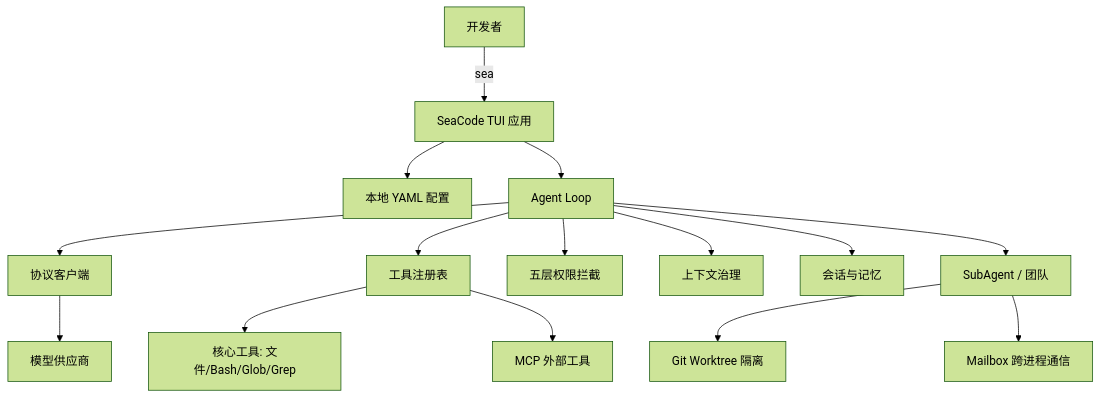
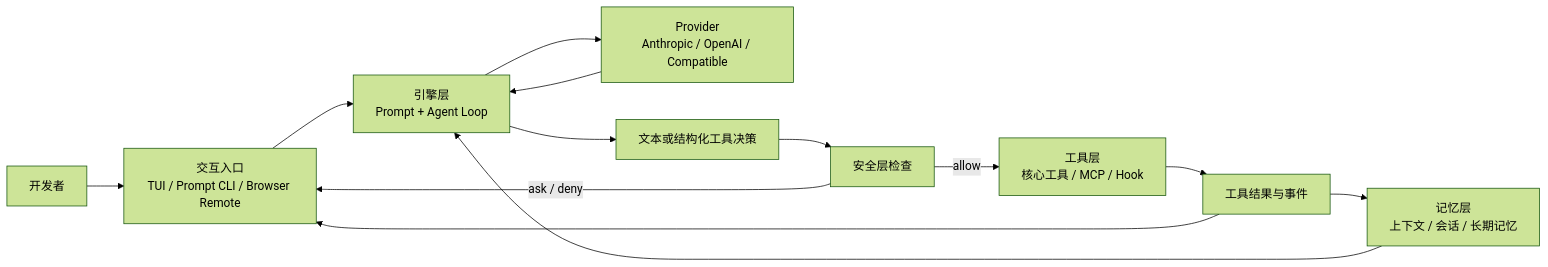
One commit to seaFall98/SeaCode changed the second of 2 diagrams in README.md. Above: the diagram before and after it, drawn with Mermaid (forest theme). The commit also changed other lines of this file and 10 other files, not shown here.

````diff
--- a/README.md
+++ b/README.md
@@ -98,17 +52,15 @@
 ```mermaid
-flowchart TD
-    User[开发者] -->|sea| App[SeaCode TUI 应用]
-    App --> Config[本地 YAML 配置]
-    App --> Agent[Agent Loop]
-    Agent --> Client[协议客户端]
-    Client --> Provider[模型供应商]
-    Agent --> Tools[工具注册表]
-    Tools --> Core[核心工具: 文件/Bash/Glob/Grep]
-    Tools --> MCP[MCP 外部工具]
-    Agent --> Perm[五层权限拦截]
-    Agent --> Ctx[上下文治理]
-    Agent --> Mem[会话与记忆]
-    Agent --> Sub[SubAgent / 团队]
-    Sub --> Worktree[Git Worktree 隔离]
-    Sub --> Mailbox[Mailbox 跨进程通信]
+flowchart LR
+    User[开发者] --> Entry[交互入口<br/>TUI / Prompt CLI / Browser Remote]
+    Entry --> Engine[引擎层<br/>Prompt + Agent Loop]
+    Engine --> Provider[Provider<br/>Anthropic / OpenAI / Compatible]
+    Provider --> Engine
+    Engine --> Decision[文本或结构化工具决策]
+    Decision --> Security[安全层检查]
+    Security -->|allow| Tools[工具层<br/>核心工具 / MCP / Hook]
+    Security -->|ask / deny| Entry
+    Tools --> Result[工具结果与事件]
+    Result --> Memory[记忆层<br/>上下文 / 会话 / 长期记忆]
+    Memory --> Engine
+    Result --> Entry
 ```
````
